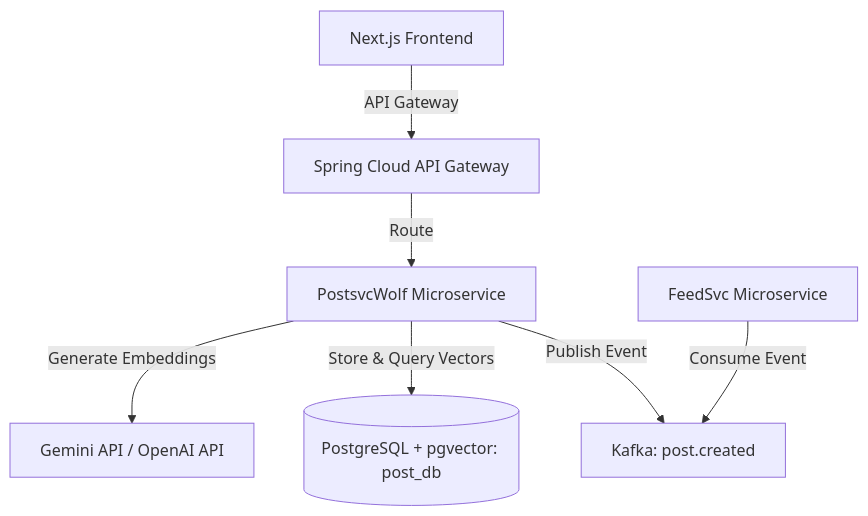
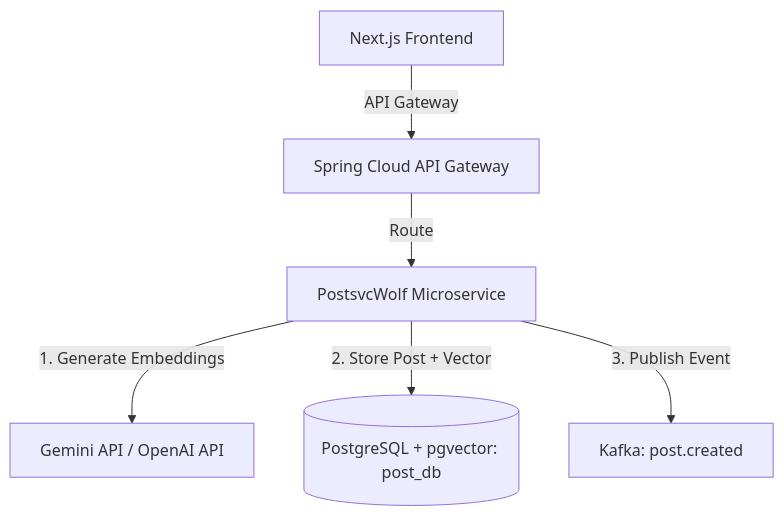
One commit to SUMIT74184/WolfDire-Central-Infra changed the first of 2 diagrams in GenAI.MD. Above: the diagram before and after it, drawn with Mermaid. The commit also changed other lines of this file and 46 other files, not shown here.

````diff
--- a/GenAI.MD
+++ b/GenAI.MD
@@ -13,9 +16,8 @@
 ```mermaid
 graph TD
     Frontend[Next.js Frontend] -->|API Gateway| Gateway[Spring Cloud API Gateway]
     Gateway -->|Route| PostSvc[PostsvcWolf Microservice]
-    PostSvc -->|Generate Embeddings| LLM[Gemini API / OpenAI API]
-    PostSvc -->|Store & Query Vectors| pgvector[(PostgreSQL + pgvector: post_db)]
-    PostSvc -->|Publish Event| Kafka[Kafka: post.created]
-    FeedSvc[FeedSvc Microservice] -->|Consume Event| Kafka
+    PostSvc -->|1. Generate Embeddings| LLM[Gemini API / OpenAI API]
+    PostSvc -->|2. Store Post + Vector| pgvector[(PostgreSQL + pgvector: post_db)]
+    PostSvc -->|3. Publish Event| Kafka[Kafka: post.created]
 ```
````
